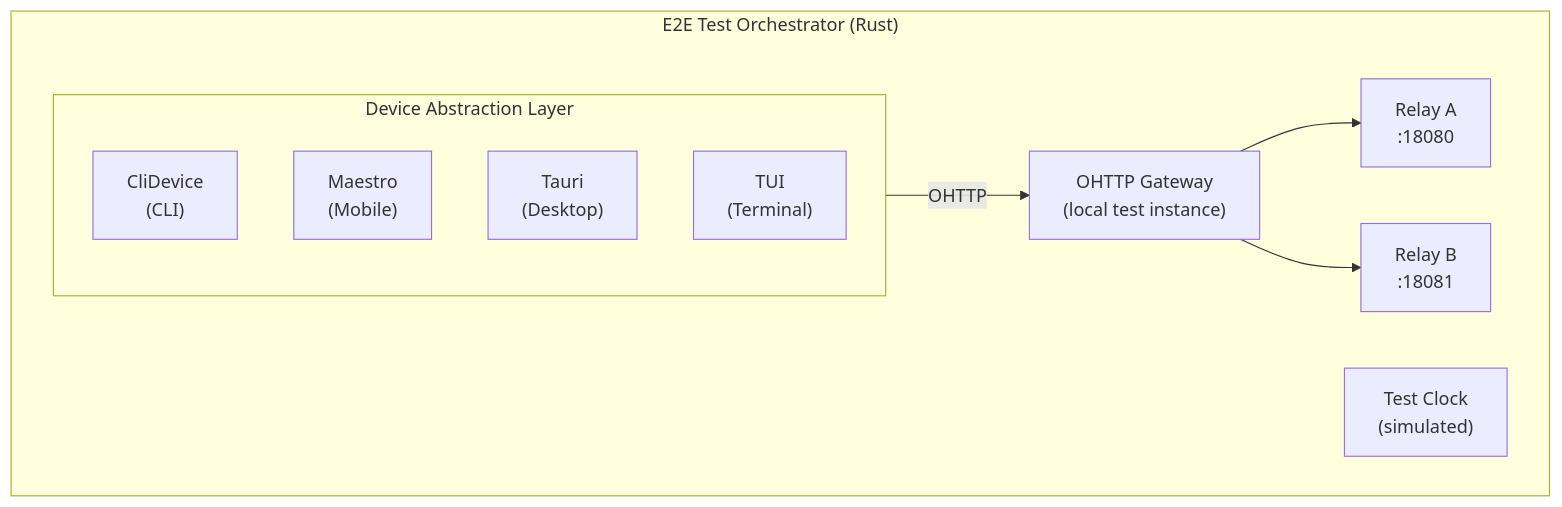
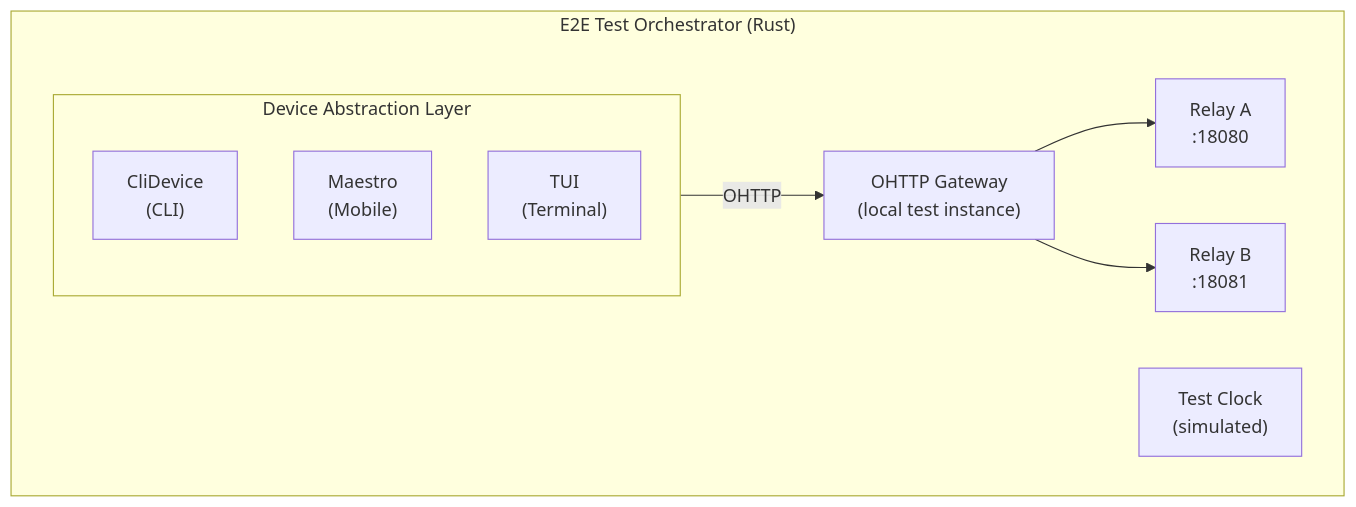
One commit to vauchi/e2e changed the diagram in README.md. Above: the diagram before and after it, drawn with Mermaid. The commit also changed other lines of this file and 5 other files, not shown here.

First line of the commit message:
tidy: delete Tauri device driver and Desktop platform arms

````diff
--- a/README.md
+++ b/README.md
@@ -209,18 +196,17 @@
 ```mermaid
 flowchart TB
     subgraph Orchestrator["E2E Test Orchestrator (Rust)"]
         Gateway["OHTTP Gateway<br/>(local test instance)"]
         RelayA["Relay A<br/>:18080"]
         RelayB["Relay B<br/>:18081"]
         Clock["Test Clock<br/>(simulated)"]
         subgraph DAL["Device Abstraction Layer"]
             CliDevice["CliDevice<br/>(CLI)"]
             Maestro["Maestro<br/>(Mobile)"]
-            Tauri["Tauri<br/>(Desktop)"]
             TUI["TUI<br/>(Terminal)"]
         end
         DAL -- "OHTTP" --> Gateway
         Gateway --> RelayA
         Gateway --> RelayB
     end
 ```
````
